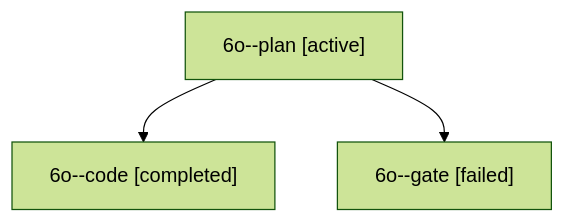
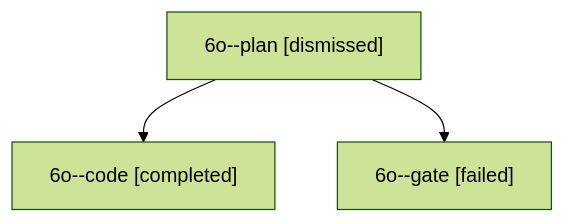
One commit to bobs-org/bob-cli--agents changed the diagram in sessions/bbugyi200.apollo.6o.md. Above: the diagram before and after it, drawn with Mermaid (forest theme). The commit also changed other lines of this file and 9 other files, not shown here.

````diff
--- a/sessions/bbugyi200.apollo.6o.md
+++ b/sessions/bbugyi200.apollo.6o.md
@@ -9,8 +9,8 @@
 ```mermaid
 flowchart TD
-  n0["6o--plan [active]"]
+  n0["6o--plan [dismissed]"]
   n1["6o--code [completed]"]
   n0 --> n1
   n2["6o--gate [failed]"]
   n0 --> n2
 ```
````
